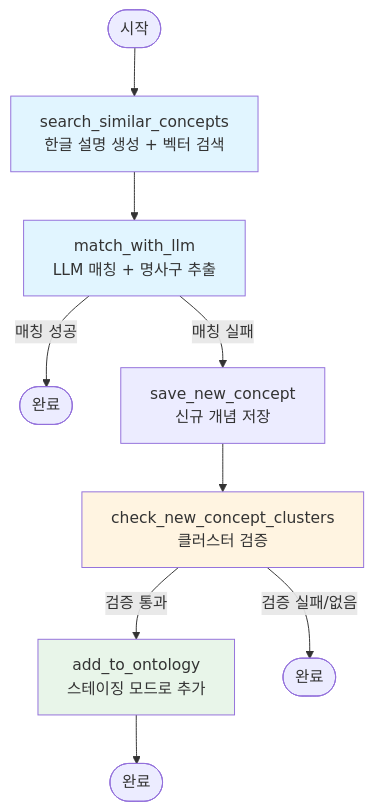
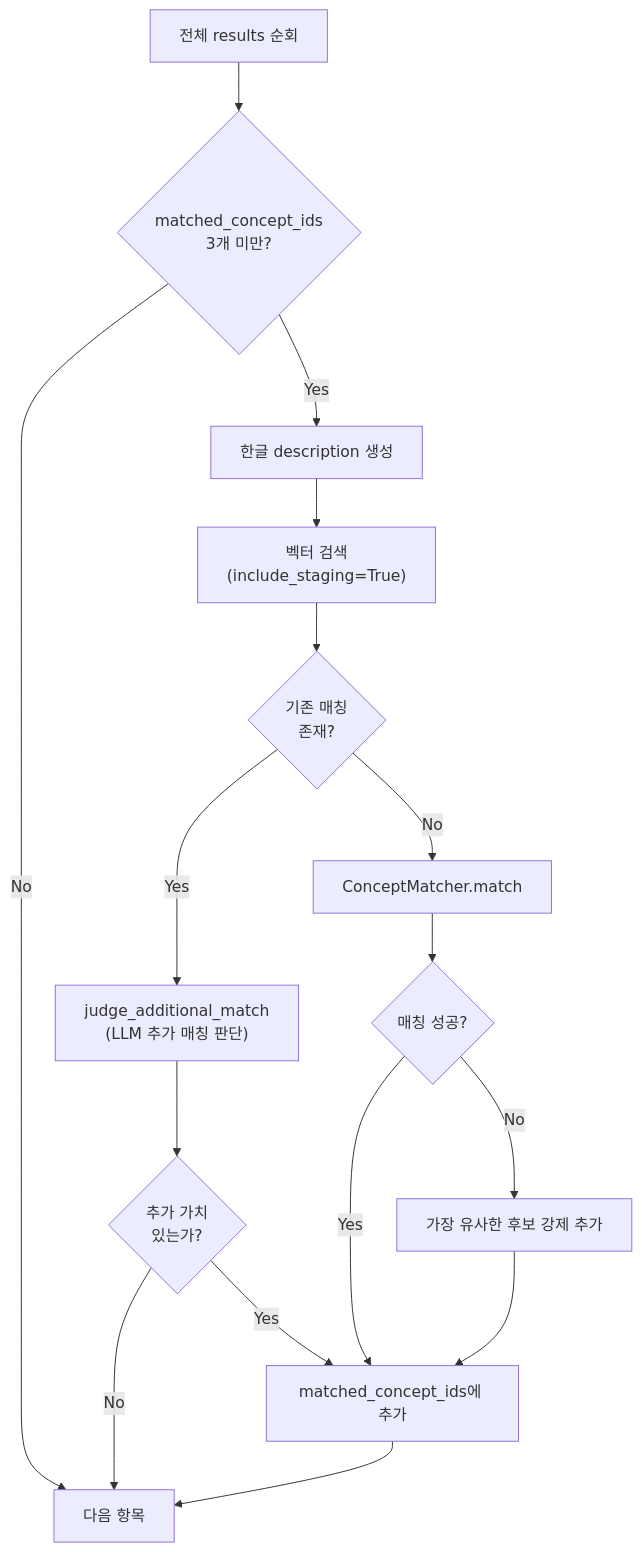
One commit to springCoolers/cherry-in-the-haystack changed the fifth of 7 diagrams in dev/packages/ontology/README.md. Above: the diagram before and after it, drawn with Mermaid. The commit also changed other lines of this file and 32 other files, not shown here.

Commit message:
graph 업데이트 반영

````diff
--- a/dev/packages/ontology/README.md
+++ b/dev/packages/ontology/README.md
@@ -314,16 +452,22 @@
 ```mermaid
-graph TD
-    Start([시작]) --> SearchSimilar[search_similar_concepts<br/>한글 설명 생성 + 벡터 검색]
-    SearchSimilar --> MatchLLM[match_with_llm<br/>LLM 매칭 + 명사구 추출]
-    MatchLLM -->|매칭 성공| End1([완료])
-    MatchLLM -->|매칭 실패| SaveNew[save_new_concept<br/>신규 개념 저장]
-    SaveNew --> CheckCluster[check_new_concept_clusters<br/>클러스터 검증]
-    CheckCluster -->|검증 통과| AddOntology[add_to_ontology<br/>스테이징 모드로 추가]
-    CheckCluster -->|검증 실패/없음| End2([완료])
-    AddOntology --> End3([완료])
+flowchart TD
+    A[전체 results 순회] --> B{matched_concept_ids<br/>3개 미만?}
+    B -->|No| C[다음 항목]
+    B -->|Yes| D[한글 description 생성]
+    D --> E["벡터 검색<br/>(include_staging=True)"]
+    E --> F{기존 매칭<br/>존재?}
     
-    style SearchSimilar fill:#e1f5ff
-    style MatchLLM fill:#e1f5ff
-    style CheckCluster fill:#fff4e1
-    style AddOntology fill:#e8f5e9
+    F -->|Yes| G["judge_additional_match<br/>(LLM 추가 매칭 판단)"]
+    F -->|No| H[ConceptMatcher.match]
+    
+    G --> I{추가 가치<br/>있는가?}
+    I -->|Yes| J[matched_concept_ids에 추가]
+    I -->|No| C
+    
+    H --> K{매칭 성공?}
+    K -->|Yes| J
+    K -->|No| L[가장 유사한 후보 강제 추가]
+    L --> J
+    
+    J --> C
 ```
````
